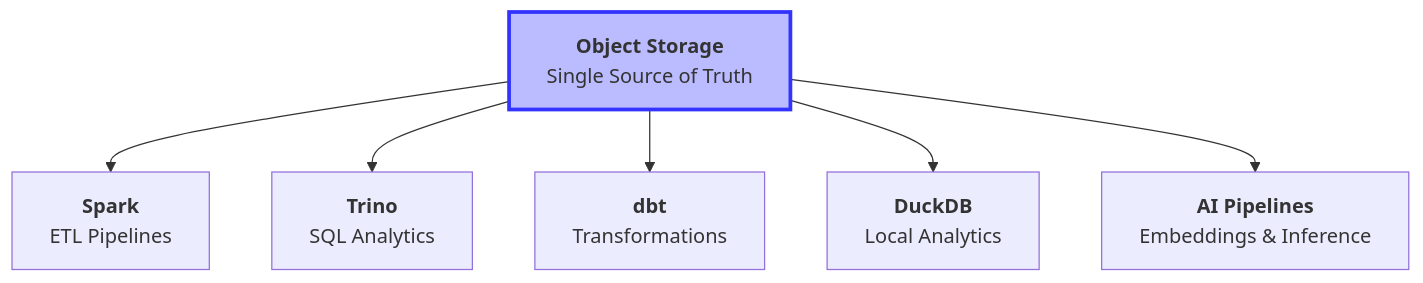
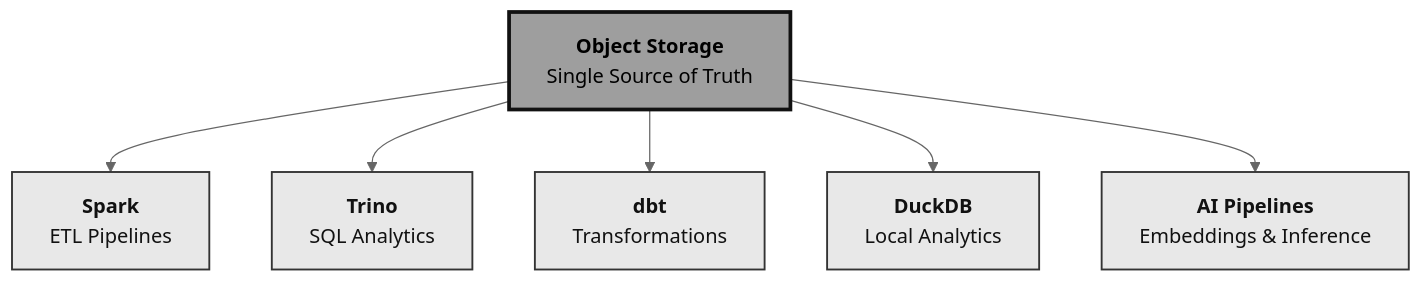
One commit to rilov/handbook changed the second of 7 diagrams in _topics/modern-containerized-open-data-stack.md. Above: the diagram before and after it, drawn with Mermaid. The commit also changed other lines of this file, not shown here.

Commit message:
Update mermaid diagrams to grayscale with larger readable fonts

```diff
--- a/_topics/modern-containerized-open-data-stack.md
+++ b/_topics/modern-containerized-open-data-stack.md
@@ -131,10 +136,13 @@
 <div class="mermaid">
+%%{init: {'theme':'neutral', 'themeVariables': {'fontSize':'16px', 'fontFamily':'Helvetica, Arial, sans-serif'}}}%%
 graph TD
     S["<b>Object Storage</b><br/>Single Source of Truth"]
     S --> A["<b>Spark</b><br/>ETL Pipelines"]
     S --> B["<b>Trino</b><br/>SQL Analytics"]
     S --> C["<b>dbt</b><br/>Transformations"]
     S --> D["<b>DuckDB</b><br/>Local Analytics"]
     S --> E["<b>AI Pipelines</b><br/>Embeddings &amp; Inference"]
-    style S fill:#bbf,stroke:#33f,stroke-width:3px
+    classDef gray fill:#e8e8e8,stroke:#333,stroke-width:1.5px,color:#111
+    class A,B,C,D,E gray
+    style S fill:#9e9e9e,stroke:#111,stroke-width:3px,color:#000
 </div>
```
